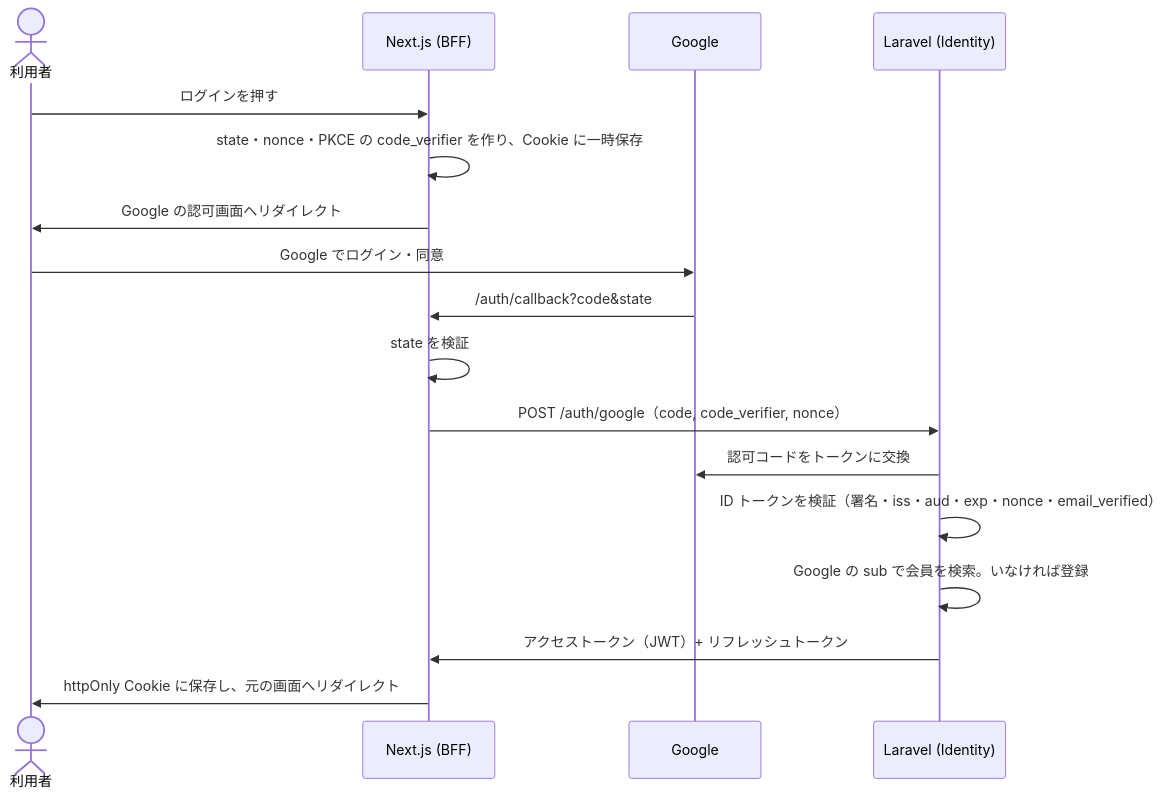
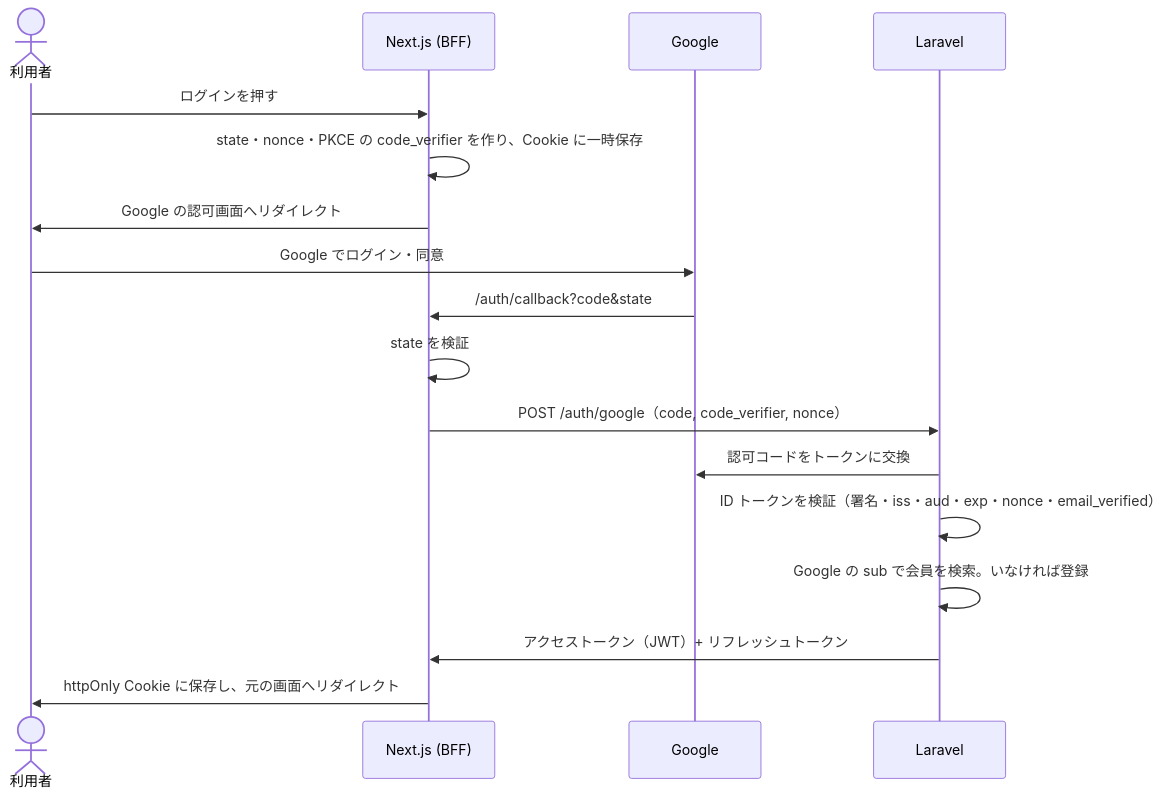
The diagram in docs/architecture/authentication.md (takeshi-arihori/E-commerce-Platform), drawn with Mermaid before and after one commit. The commit also changed other lines of this file and 17 other files, not shown here.

````diff
--- a/docs/architecture/authentication.md
+++ b/docs/architecture/authentication.md
@@ -14,20 +14,20 @@
 ```mermaid
 sequenceDiagram
     actor U as 利用者
     participant N as Next.js (BFF)
     participant G as Google
-    participant L as Laravel (Identity)
+    participant L as Laravel
 
     U->>N: ログインを押す
     N->>N: state・nonce・PKCE の code_verifier を作り、Cookie に一時保存
     N->>U: Google の認可画面へリダイレクト
     U->>G: Google でログイン・同意
     G->>N: /auth/callback?code&state
     N->>N: state を検証
     N->>L: POST /auth/google（code, code_verifier, nonce）
     L->>G: 認可コードをトークンに交換
     L->>L: ID トークンを検証（署名・iss・aud・exp・nonce・email_verified）
     L->>L: Google の sub で会員を検索。いなければ登録
     L->>N: アクセストークン（JWT）+ リフレッシュトークン
     N->>U: httpOnly Cookie に保存し、元の画面へリダイレクト
 ```
````
